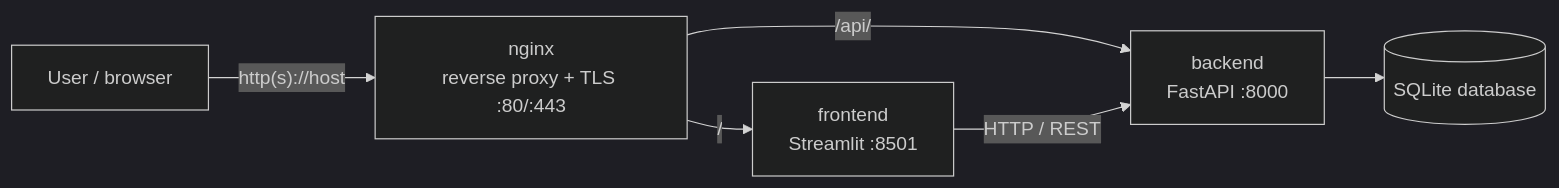
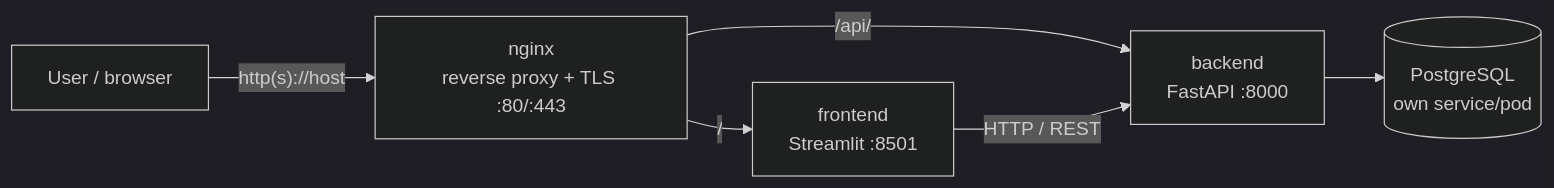
Before and after one commit to juro-candf/zadania-wdrozeniowe: the diagram in README.md, drawn with Mermaid (dark theme). The commit also changed other lines of this file and 19 other files, not shown here.

Commit message:
feature/k8s and PostgreSQL

````diff
--- a/README.md
+++ b/README.md
@@ -61,8 +63,8 @@
 ```mermaid
 graph LR
     U[User / browser] -->|"http(s)://host"| N[nginx<br/>reverse proxy + TLS :80/:443]
     N -->|"/"| F[frontend<br/>Streamlit :8501]
     N -->|"/api/"| B[backend<br/>FastAPI :8000]
     F -- HTTP / REST --> B
-    B --> D[(SQLite database)]
+    B --> D[(PostgreSQL<br/>own service/pod)]
 ```
````
